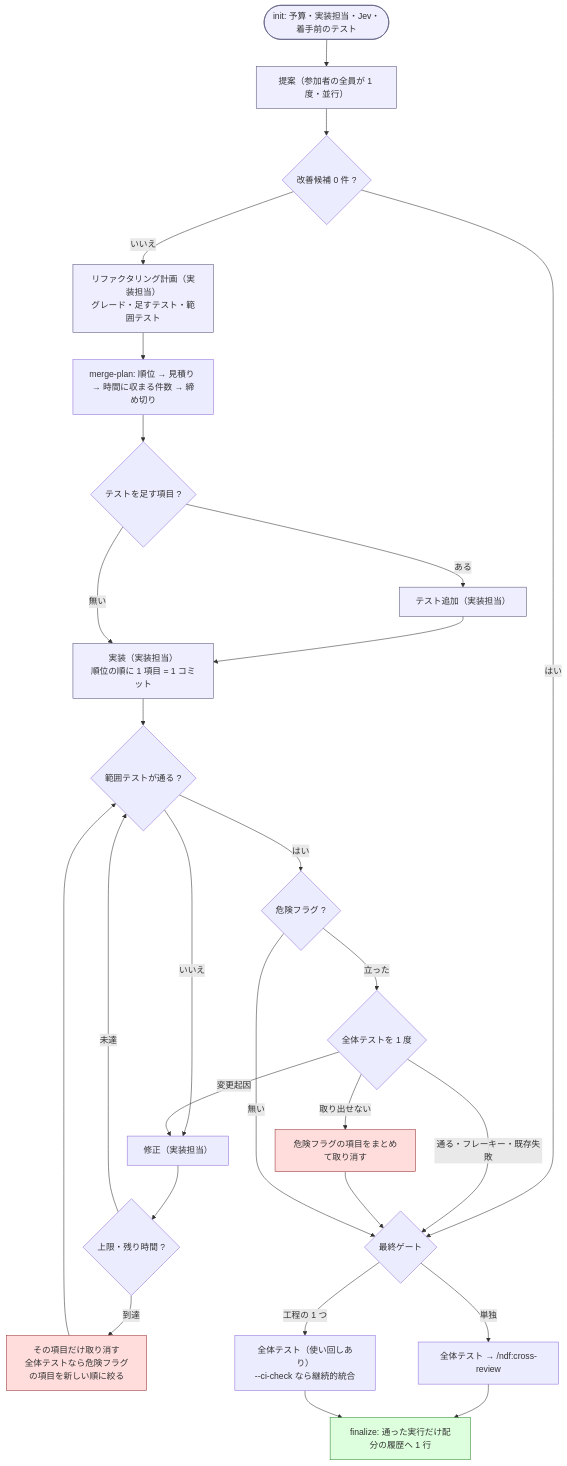
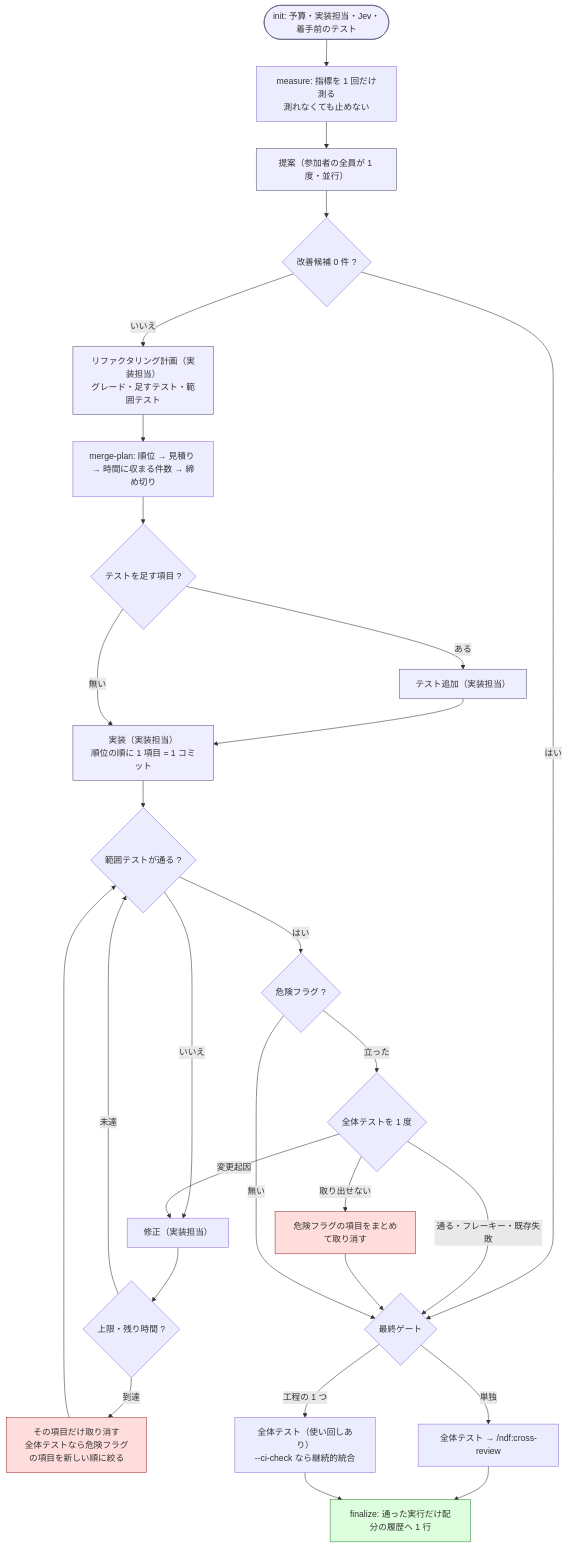
One commit to devbasex/ai-plugins changed the diagram in plugins/ndf/skills/cross-refactoring/SKILL.md. Above: the diagram before and after it, drawn with Mermaid. The commit also changed other lines of this file and 7 other files, not shown here.

````diff
--- a/plugins/ndf/skills/cross-refactoring/SKILL.md
+++ b/plugins/ndf/skills/cross-refactoring/SKILL.md
@@ -128,29 +129,30 @@
 ```mermaid
 flowchart TD
-    Init([init: 予算・実装担当・Jev・着手前のテスト]):::phase --> P
+    Init([init: 予算・実装担当・Jev・着手前のテスト]):::phase --> M
+    M["measure: 指標を 1 回だけ測る<br/>測れなくても止めない"] --> P
     P["提案（参加者の全員が 1 度・並行）"]:::phase --> MP{"改善候補 0 件 ?"}
     MP -->|はい| Gate
     MP -->|いいえ| Plan["リファクタリング計画（実装担当）<br/>グレード・足すテスト・範囲テスト"]:::phase
     Plan --> Sel["merge-plan: 順位 → 見積り → 時間に収まる件数 → 締め切り"]
     Sel --> T{"テストを足す項目 ?"}
     T -->|ある| AT["テスト追加（実装担当）"]:::phase --> Impl
     T -->|無い| Impl["実装（実装担当）<br/>順位の順に 1 項目 = 1 コミット"]:::phase
     Impl --> V{"範囲テストが通る ?"}
     V -->|いいえ| Fix["修正（実装担当）"] --> Cap{"上限・残り時間 ?"}
     Cap -->|未達| V
     Cap -->|到達| Drop["その項目だけ取り消す<br/>全体テストなら危険フラグの項目を新しい順に絞る"]:::stop --> V
     V -->|はい| D{"危険フラグ ?"}
     D -->|立った| W{"全体テストを 1 度"}
     W -->|通る・フレーキー・既存失敗| Gate
     W -->|変更起因| Fix
     W -->|取り出せない| DropAll["危険フラグの項目をまとめて取り消す"]:::stop --> Gate
     D -->|無い| Gate{"最終ゲート"}
     Gate -->|単独| CR["全体テスト → /ndf:cross-review"]
     Gate -->|工程の 1 つ| Whole["全体テスト（使い回しあり）<br/>--ci-check なら継続的統合"]
     CR --> Fin["finalize: 通った実行だけ配分の履歴へ 1 行"]:::ok
     Whole --> Fin
 
     classDef phase fill:#eef,stroke:#557
     classDef ok fill:#dfd,stroke:#383
     classDef stop fill:#fdd,stroke:#933
 ```
````
